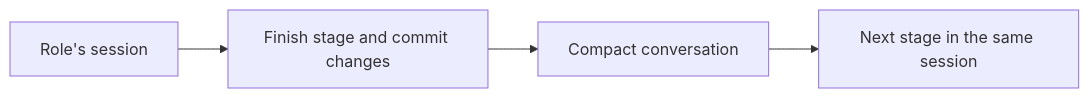
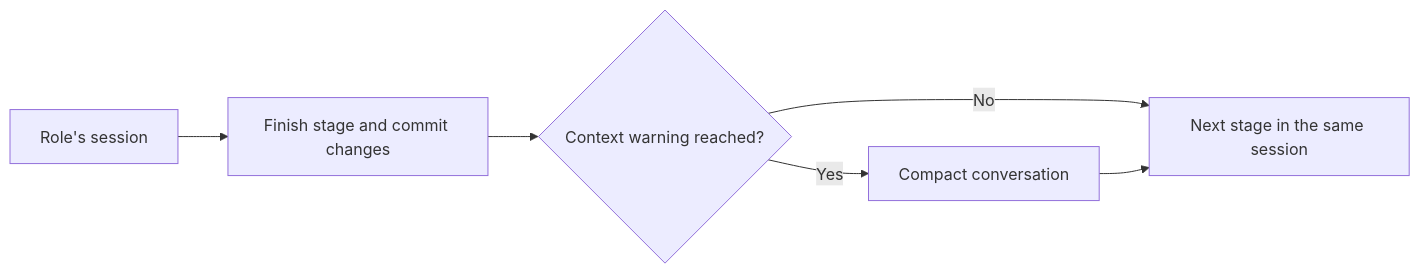
Before and after one commit to AquilaWei/harnessboard: the second of 2 diagrams in README.md, drawn with Mermaid. The commit also changed other lines of this file and 12 other files, not shown here.

Commit message:
fix: compact completed turns only at the context warning

````diff
--- a/README.md
+++ b/README.md
@@ -177,6 +177,8 @@
 ```mermaid
 flowchart LR
   S1[Role's session] --> H[Finish stage and commit changes]
-  H --> C[Compact conversation]
+  H --> W{Context warning reached?}
+  W -->|Yes| C[Compact conversation]
+  W -->|No| S2
   C --> S2[Next stage in the same session]
 ```
````
